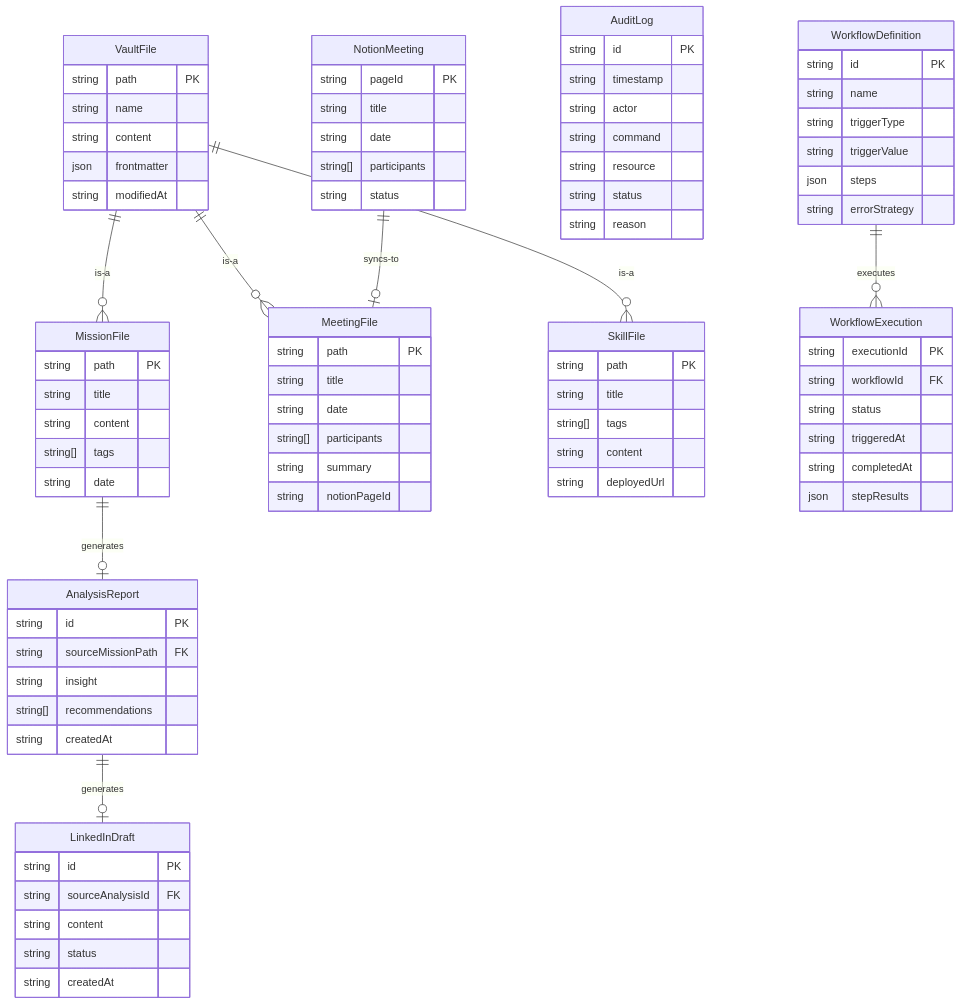
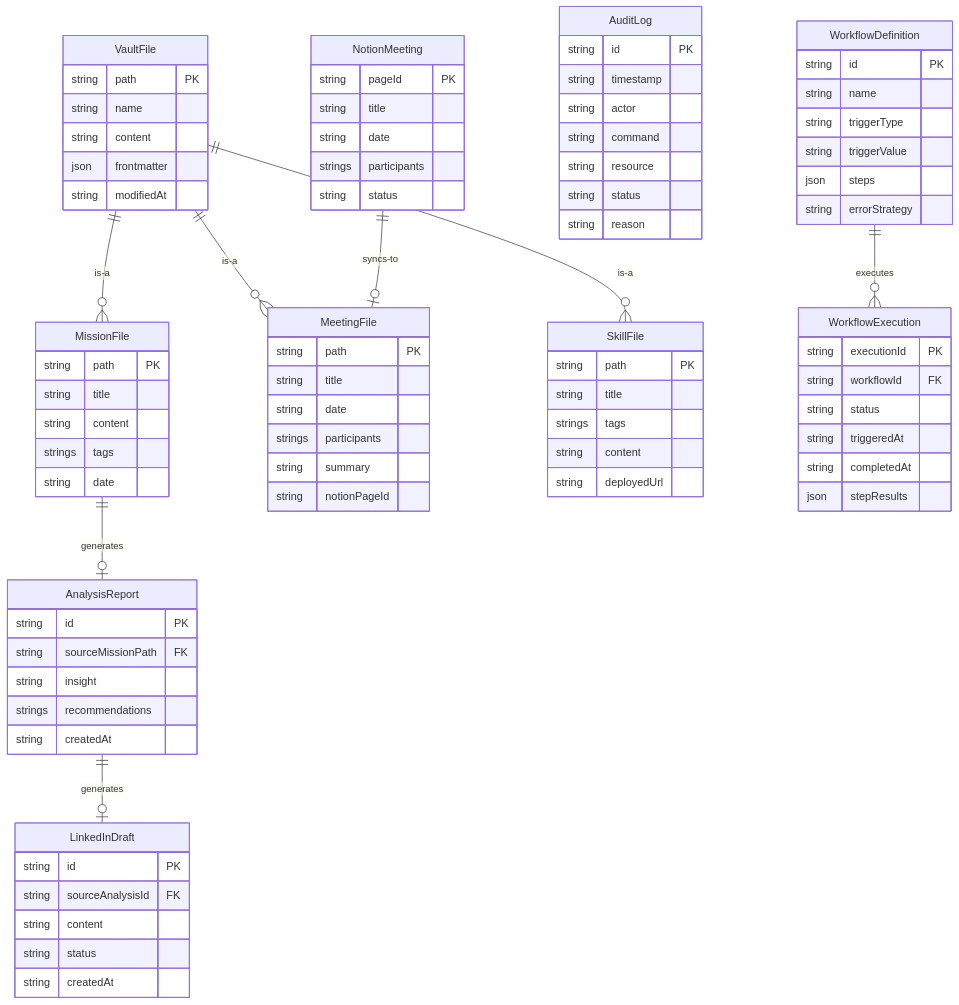
One commit to pandol69kim-bot/gitautopipe changed the diagram in docs/ERD 설계서.md. Above: the diagram before and after it, drawn with Mermaid. The commit also changed 5 other files, not shown here.

Commit message:
feat: Add new diagrams and update existing documentation for improved clarity and Mermaid compatibility

```diff
--- a/docs/ERD 설계서.md
+++ b/docs/ERD 설계서.md
@@ -26,7 +26,7 @@
         string path PK
         string title
         string content
-        string[] tags
+        strings tags
         string date
     }
 
@@ -34,7 +34,7 @@
         string path PK
         string title
         string date
-        string[] participants
+        strings participants
         string summary
         string notionPageId
     }
@@ -42,7 +42,7 @@
     SkillFile {
         string path PK
         string title
-        string[] tags
+        strings tags
         string content
         string deployedUrl
     }
@@ -51,7 +51,7 @@
         string id PK
         string sourceMissionPath FK
         string insight
-        string[] recommendations
+        strings recommendations
         string createdAt
     }
 
@@ -95,7 +95,7 @@
         string pageId PK
         string title
         string date
-        string[] participants
+        strings participants
         string status
     }
 
```
